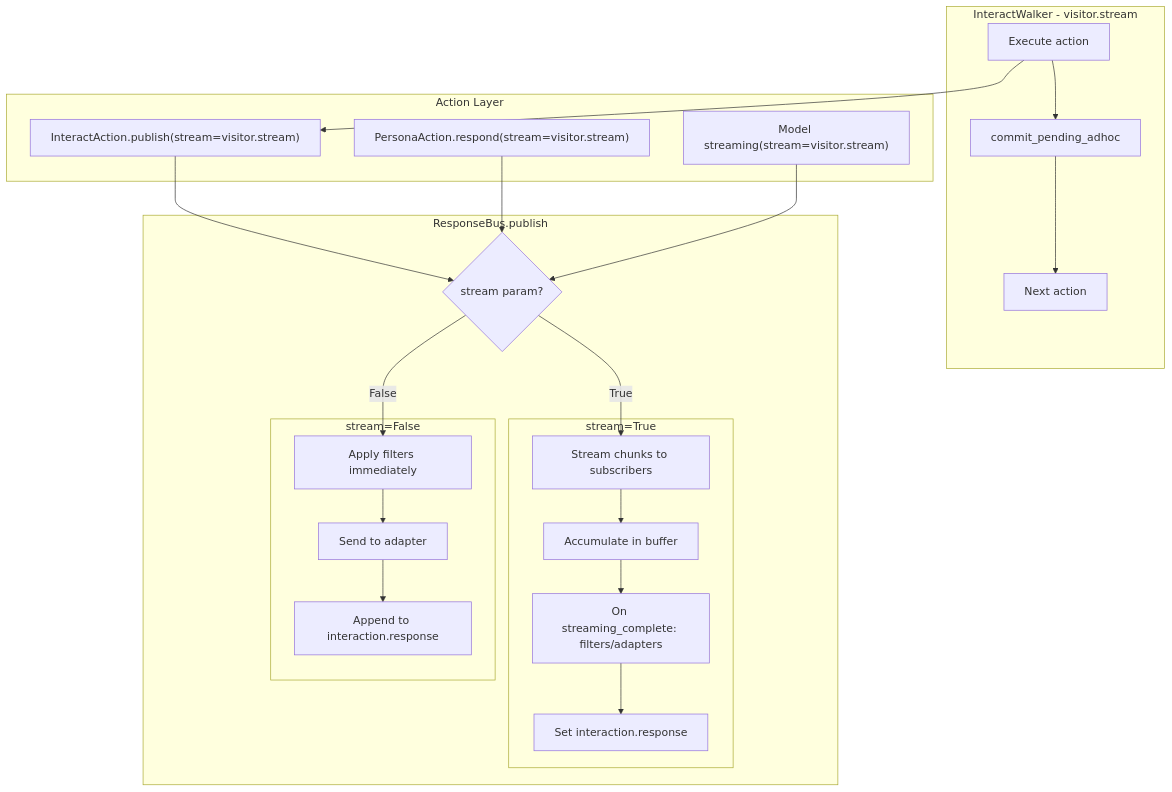
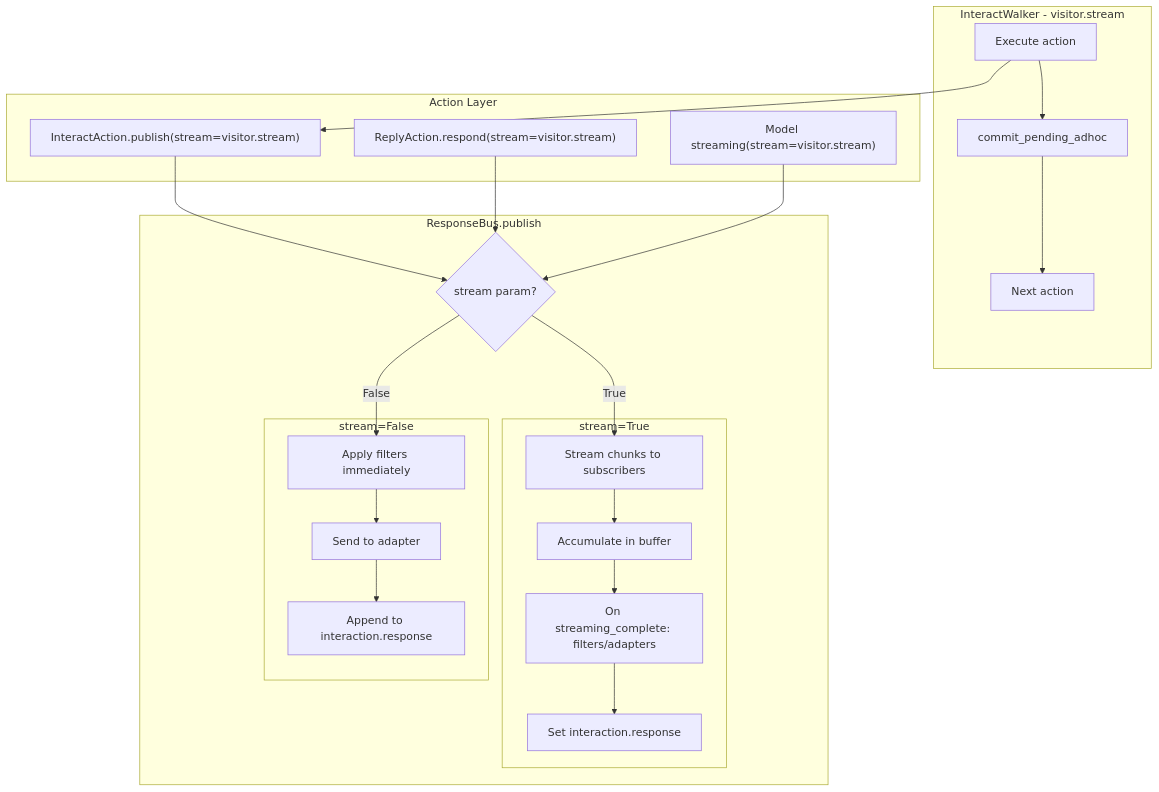
One commit to TrueSelph/jvagent changed the diagram in jvagent/action/response/README.md. Above: the diagram before and after it, drawn with Mermaid. The commit also changed 30 other files, not shown here.

````diff
--- a/jvagent/action/response/README.md
+++ b/jvagent/action/response/README.md
@@ -17,45 +17,45 @@
 ```mermaid
 flowchart TB
     subgraph Walker [InteractWalker - visitor.stream]
         W1[Execute action]
         W2[commit_pending_adhoc]
         W3[Next action]
     end
 
     subgraph ActionLayer [Action Layer]
         A1["InteractAction.publish(stream=visitor.stream)"]
-        A2["PersonaAction.respond(stream=visitor.stream)"]
+        A2["ReplyAction.respond(stream=visitor.stream)"]
         A3["Model streaming(stream=visitor.stream)"]
     end
 
     subgraph ResponseBus [ResponseBus.publish]
         SM{stream param?}
 
         subgraph StreamingPath [stream=True]
             S1[Stream chunks to subscribers]
             S2[Accumulate in buffer]
             S3[On streaming_complete: filters/adapters]
             S4[Set interaction.response]
         end
 
         subgraph NonStreamingPath [stream=False]
             N1[Apply filters immediately]
             N2[Send to adapter]
             N3[Append to interaction.response]
         end
     end
 
     W1 --> A1
     A1 --> SM
     A2 --> SM
     A3 --> SM
     SM -->|True| S1
     SM -->|False| N1
     S1 --> S2
     S2 --> S3
     S3 --> S4
     N1 --> N2
     N2 --> N3
     W1 --> W2
     W2 --> W3
 ```
````
